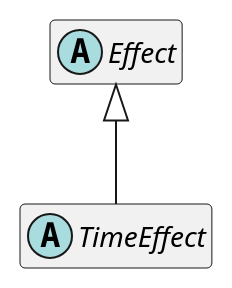
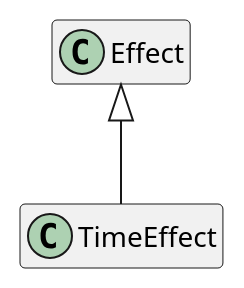
Before and after one commit to sandflow/otio-core-specification: diagram 11 of 32 in src/main/md/otio-core.md, drawn with PlantUML. The commit also changed other lines of this file and 11 other files, not shown here.

Commit message:
Updated schema per test material

````diff
--- a/src/main/md/otio-core.md
+++ b/src/main/md/otio-core.md
@@ -693,13 +699,13 @@
 ```puml
 @startuml
 hide empty members
 skinparam classAttributeIconSize 0
 
-abstract class TimeEffect
+class TimeEffect
 
-abstract class Effect
+class Effect
 
 Effect <|-- TimeEffect
 
 @enduml
 ```
````
